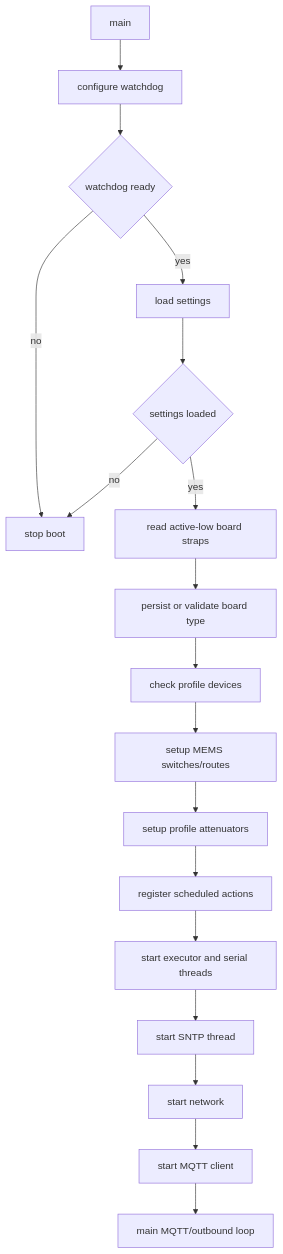
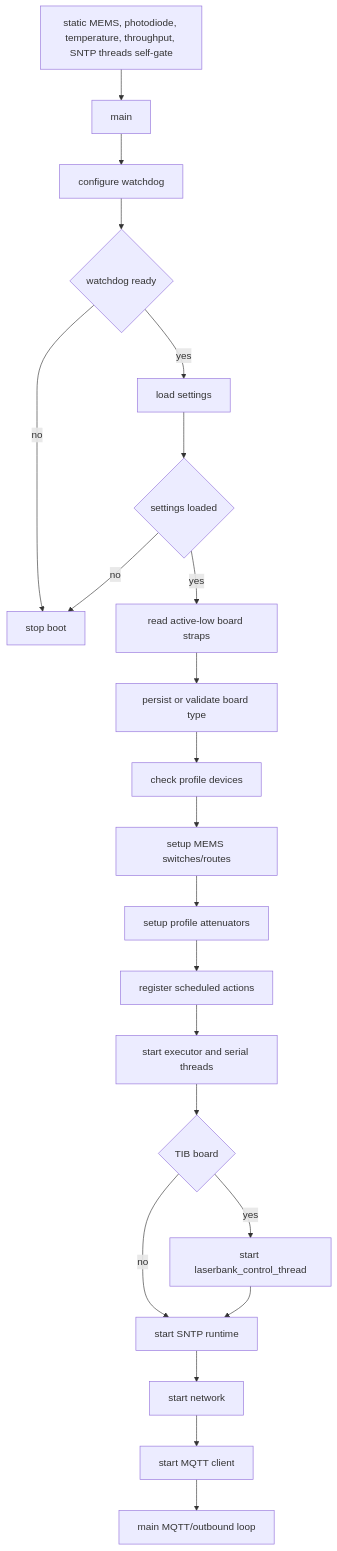
Before and after one commit to COO-Utilities/hispec-tib: the second of 22 diagrams in doc/diagrams.md, drawn with Mermaid. The commit also changed other lines of this file, not shown here.

Commit message:
Add throughput monitor flow diagrams, update related flows, and align documentation numbering.

````diff
--- a/doc/diagrams.md
+++ b/doc/diagrams.md
@@ -37,20 +39,24 @@
 ```mermaid
 flowchart TD
-  Start[main] --> Watchdog[configure watchdog]
+  Static[static MEMS, photodiode, temperature, throughput, SNTP threads self-gate] --> Start[main]
+  Start --> Watchdog[configure watchdog]
   Watchdog --> WdogOK{watchdog ready}
   WdogOK -- no --> Stop[stop boot]
   WdogOK -- yes --> Load[load settings]
   Load --> SettingsOK{settings loaded}
   SettingsOK -- no --> Stop
   SettingsOK -- yes --> Straps[read active-low board straps]
   Straps --> PersistBoard[persist or validate board type]
   PersistBoard --> DevicesReady[check profile devices]
   DevicesReady --> Router[setup MEMS switches/routes]
   Router --> Attens[setup profile attenuators]
   Attens --> Runtime[register scheduled actions]
   Runtime --> Threads[start executor and serial threads]
-  Threads --> SNTP[start SNTP thread]
+  Threads --> LaserCtrl{TIB board}
+  LaserCtrl -- yes --> BankCtrl[start laserbank_control_thread]
+  LaserCtrl -- no --> SNTP[start SNTP runtime]
+  BankCtrl --> SNTP
   SNTP --> Network[start network]
   Network --> MQTTInit[start MQTT client]
   MQTTInit --> Loop[main MQTT/outbound loop]
 ```
````
